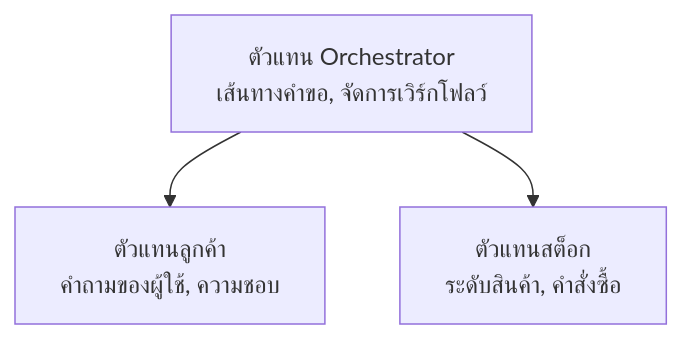
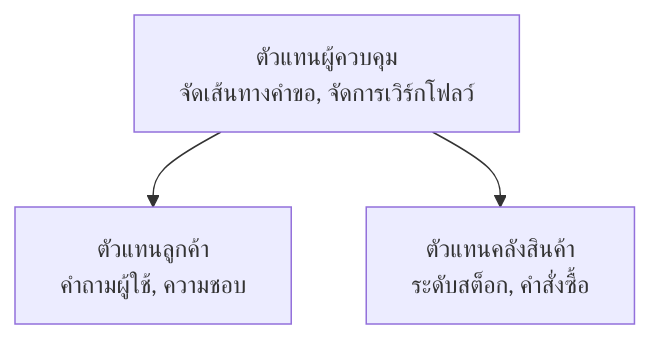
One commit to microsoft/AZD-for-beginners changed the diagram in translations/th/docs/chapter-05-multi-agent/README.md. Above: the diagram before and after it, drawn with Mermaid. The commit also changed other lines of this file and 101 other files, not shown here.

````diff
--- a/translations/th/docs/chapter-05-multi-agent/README.md
+++ b/translations/th/docs/chapter-05-multi-agent/README.md
@@ -50,5 +52,5 @@
 ```mermaid
 graph TD
-    Orchestrator[ตัวแทน Orchestrator<br/>เส้นทางคำขอ, จัดการเวิร์กโฟลว์] --> Customer[ตัวแทนลูกค้า<br/>คำถามของผู้ใช้, ความชอบ]
-    Orchestrator --> Inventory[ตัวแทนสต็อก<br/>ระดับสินค้า, คำสั่งซื้อ]
+    Orchestrator[ตัวแทนผู้ควบคุม<br/>จัดเส้นทางคำขอ, จัดการเวิร์กโฟลว์] --> Customer[ตัวแทนลูกค้า<br/>คำถามผู้ใช้, ความชอบ]
+    Orchestrator --> Inventory[ตัวแทนคลังสินค้า<br/>ระดับสต็อก, คำสั่งซื้อ]
 ```
````
